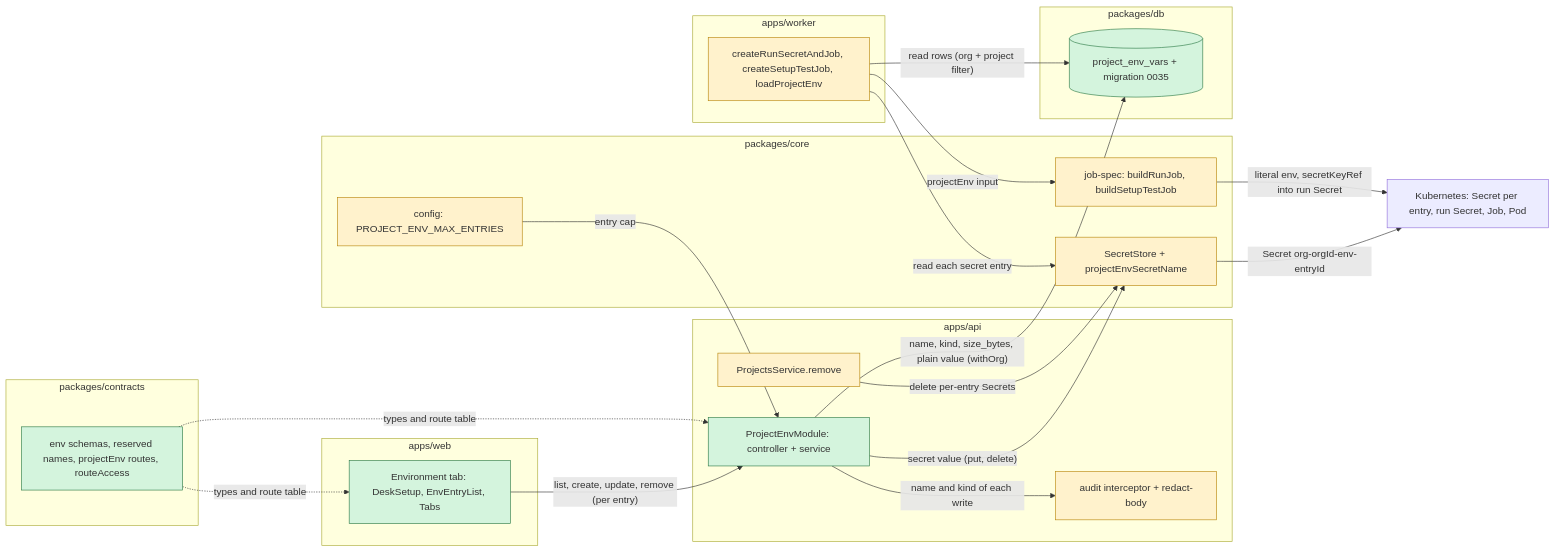
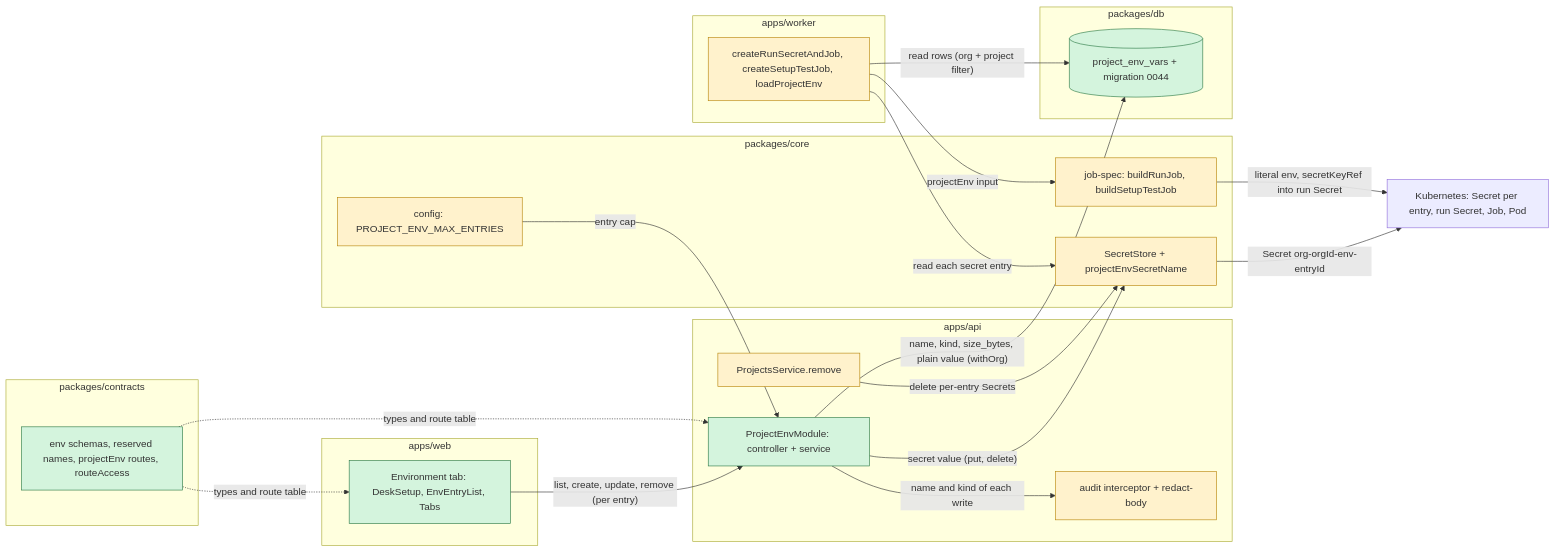
The first of 2 diagrams in docs/superpowers/specs/2026-11-23-workspace-env-secrets-design.md (haicanhdieu/agent-desk), drawn with Mermaid before and after one commit. The commit also changed other lines of this file and 104 other files, not shown here.

````diff
--- a/docs/superpowers/specs/2026-11-23-workspace-env-secrets-design.md
+++ b/docs/superpowers/specs/2026-11-23-workspace-env-secrets-design.md
@@ -135,43 +135,43 @@
 ```mermaid
 flowchart LR
     subgraph contractsLayer["packages/contracts"]
         CON["env schemas, reserved names, projectEnv routes, routeAccess"]:::new
     end
     subgraph webLayer["apps/web"]
         WEB["Environment tab: DeskSetup, EnvEntryList, Tabs"]:::new
     end
     subgraph apiLayer["apps/api"]
         API["ProjectEnvModule: controller + service"]:::new
         AUD["audit interceptor + redact-body"]:::changed
         PRJ["ProjectsService.remove"]:::changed
     end
     subgraph workerLayer["apps/worker"]
         ACT["createRunSecretAndJob, createSetupTestJob, loadProjectEnv"]:::changed
     end
     subgraph coreLayer["packages/core"]
         JOB["job-spec: buildRunJob, buildSetupTestJob"]:::changed
         SST["SecretStore + projectEnvSecretName"]:::changed
         CFG["config: PROJECT_ENV_MAX_ENTRIES"]:::changed
     end
     subgraph dbLayer["packages/db"]
-        TBL[("project_env_vars + migration 0035")]:::new
+        TBL[("project_env_vars + migration 0044")]:::new
     end
     K8S["Kubernetes: Secret per entry, run Secret, Job, Pod"]
 
     WEB -->|"list, create, update, remove (per entry)"| API
     API -->|"name, kind, size_bytes, plain value (withOrg)"| TBL
     API -->|"secret value (put, delete)"| SST
     SST -->|"Secret org-orgId-env-entryId"| K8S
     API -->|"name and kind of each write"| AUD
     PRJ -->|"delete per-entry Secrets"| SST
     CFG -->|"entry cap"| API
     ACT -->|"read rows (org + project filter)"| TBL
     ACT -->|"read each secret entry"| SST
     ACT -->|"projectEnv input"| JOB
     JOB -->|"literal env, secretKeyRef into run Secret"| K8S
     CON -.->|"types and route table"| WEB
     CON -.->|"types and route table"| API
 
     classDef new fill:#d4f4dd,stroke:#2d7a46
     classDef changed fill:#fff2cc,stroke:#b8860b
 ```
````
